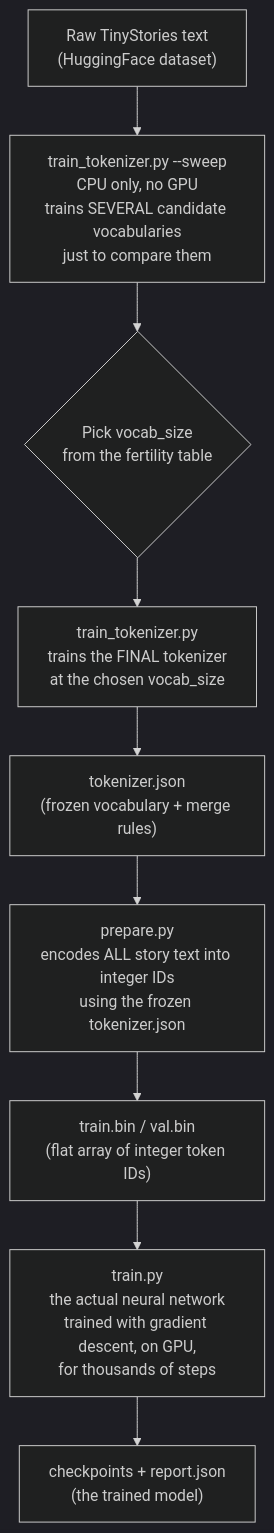
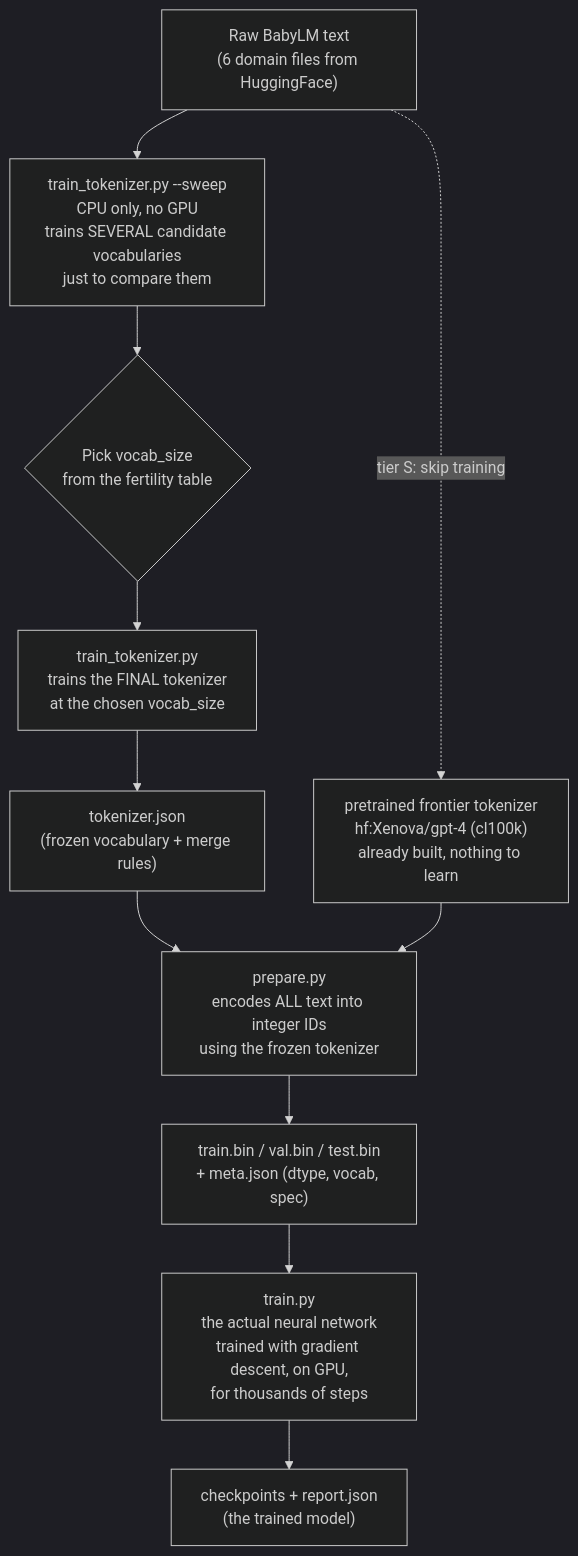
Before and after one commit to ramprasathk07/Differential-MOE: the diagram in docs/tokenizer-and-model-training.md, drawn with Mermaid (dark theme). The commit also changed other lines of this file and 2 other files, not shown here.

First line of the commit message:
Document the tier-S scale-up across plan, README and the tokenizer guide

````diff
--- a/docs/tokenizer-and-model-training.md
+++ b/docs/tokenizer-and-model-training.md
@@ -92,11 +92,13 @@
 ```mermaid
 flowchart TD
-    A["Raw TinyStories text\n(HuggingFace dataset)"] --> B["train_tokenizer.py --sweep\nCPU only, no GPU\ntrains SEVERAL candidate vocabularies\njust to compare them"]
+    A["Raw BabyLM text\n(6 domain files from HuggingFace)"] --> B["train_tokenizer.py --sweep\nCPU only, no GPU\ntrains SEVERAL candidate vocabularies\njust to compare them"]
     B --> C{"Pick vocab_size\nfrom the fertility table"}
     C --> D["train_tokenizer.py\ntrains the FINAL tokenizer\nat the chosen vocab_size"]
+    A -.tier S: skip training.-> P["pretrained frontier tokenizer\nhf:Xenova/gpt-4 (cl100k)\nalready built, nothing to learn"]
     D --> E["tokenizer.json\n(frozen vocabulary + merge rules)"]
-    E --> F["prepare.py\nencodes ALL story text into integer IDs\nusing the frozen tokenizer.json"]
-    F --> G["train.bin / val.bin\n(flat array of integer token IDs)"]
+    E --> F["prepare.py\nencodes ALL text into integer IDs\nusing the frozen tokenizer"]
+    P --> F
+    F --> G["train.bin / val.bin / test.bin\n+ meta.json (dtype, vocab, spec)"]
     G --> H["train.py\nthe actual neural network\ntrained with gradient descent, on GPU,\nfor thousands of steps"]
     H --> I["checkpoints + report.json\n(the trained model)"]
 ```
````
